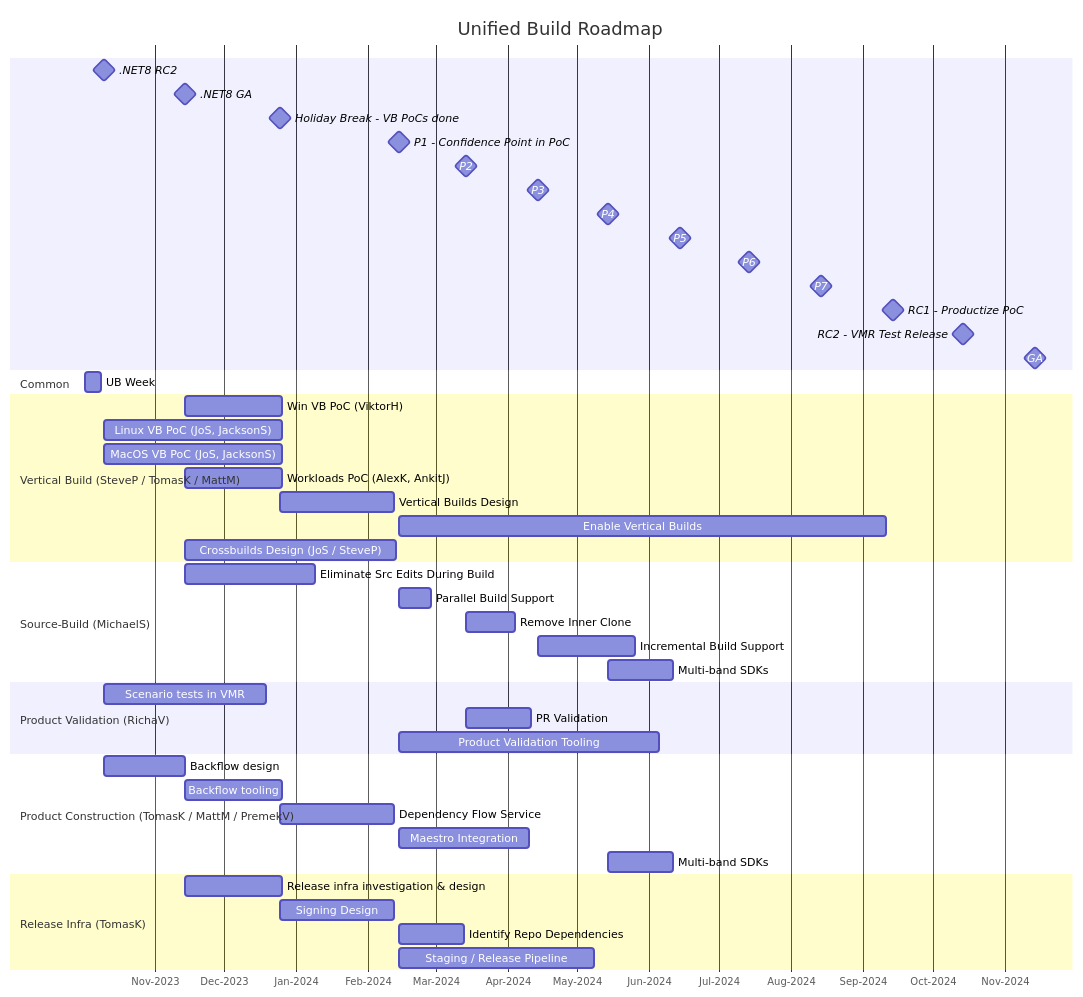
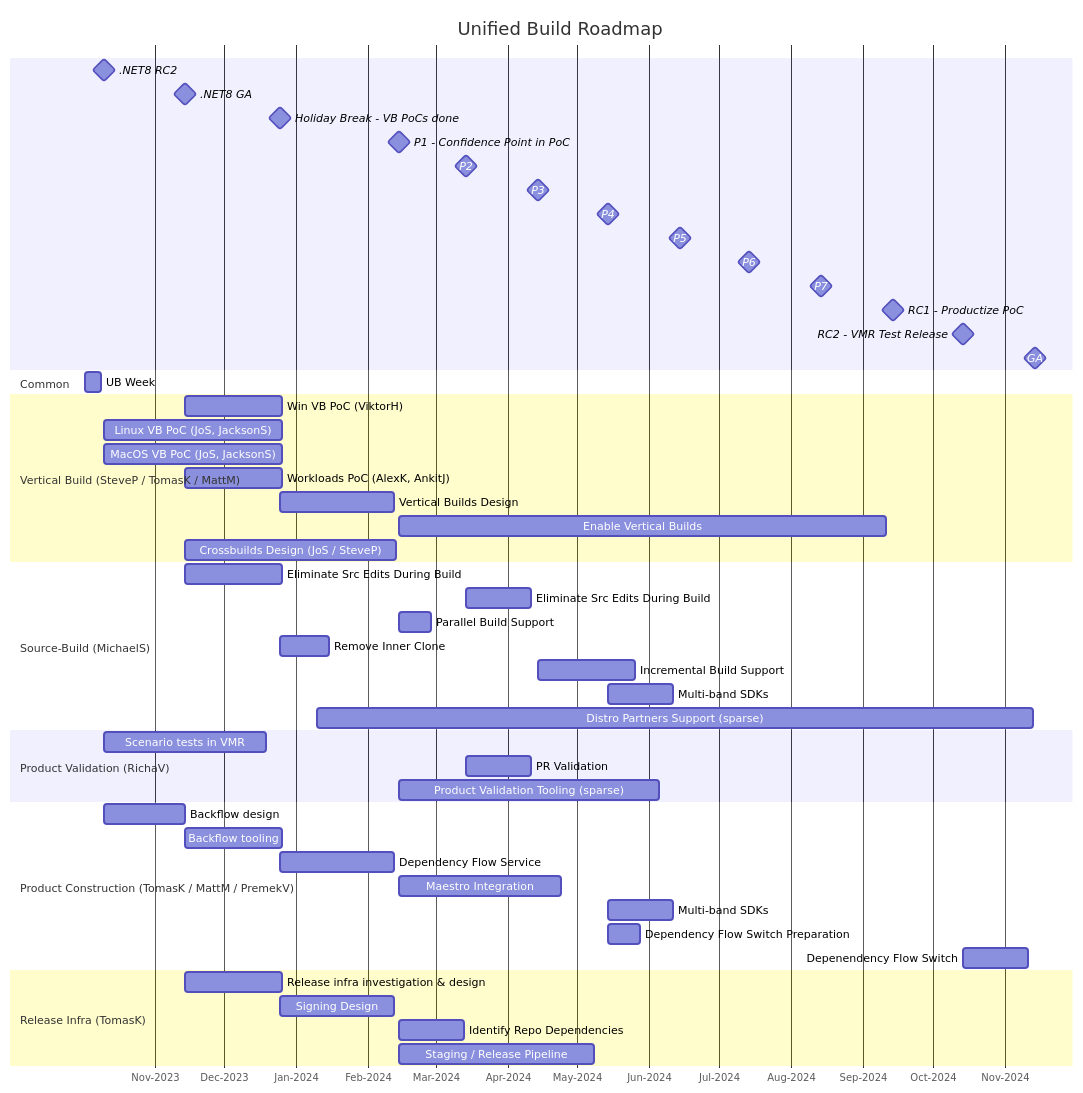
One commit to dotnet/arcade changed the diagram in Documentation/UnifiedBuild/UB-Roadmap.md. Above: the diagram before and after it, drawn with Mermaid.

Commit message:
Roadmap updates

````diff
--- a/Documentation/UnifiedBuild/UB-Roadmap.md
+++ b/Documentation/UnifiedBuild/UB-Roadmap.md
@@ -3,60 +3,63 @@
 ```mermaid
 
 gantt
     title Unified Build Roadmap
     axisFormat %b-%Y
     .NET8 RC2: milestone, net8-rc2, 2023-10-10, 0
     .NET8 GA: milestone, net8-ga, 2023-11-14, 0
     Holiday Break - VB PoCs done: milestone, holiday, 2023-12-25, 0
     %% delta between Holiday and P1 is 7w
     %% the release dates are all 14th so that the task lengths can be expressed in whole weeks and still match the preview points
     P1 - Confidence Point in PoC: milestone, net9-p1, 2024-02-14, 0
     P2: milestone, net9-p2, 2024-03-14, 0
     P3: milestone, net9-p3, 2024-04-14, 0
     P4: milestone, net9-p4, 2024-05-14, 0
     P5: milestone, net9-p5, 2024-06-14, 0
     P6: milestone, net9-p6, 2024-07-14, 0
     P7: milestone, net9-p7, 2024-08-14, 0
     RC1 - Productize PoC: milestone, net9-rc1, 2024-09-14, 0
     RC2 - VMR Test Release: milestone, net9-rc2, 2024-10-14, 0
     GA: milestone, net9-ga, 2024-11-14, 0
 
     section Common
         UB Week: ub-week, 2023-10-02, 1w
 
     section Vertical Build (SteveP / TomasK / MattM)
         Win VB PoC (ViktorH): after net8-ga, 6w
         Linux VB PoC (JoS, JacksonS): after net8-rc2, 11w
         MacOS VB PoC (JoS, JacksonS): after net8-rc2, 11w
         Workloads PoC (AlexK, AnkitJ): after net8-ga, 6w
         Vertical Builds Design: after holiday, 7w
         Enable Vertical Builds: after net9-p1, 30w
         Crossbuilds Design (JoS / SteveP): after net8-ga, 13w
 
     section Source-Build (MichaelS)
-        Eliminate Src Edits During Build: after net8-ga, 8w
+        Eliminate Src Edits During Build: after net8-ga, 6w
+        Eliminate Src Edits During Build: after net9-p2, 4w
         Parallel Build Support: after net9-p1, 2w
-        Remove Inner Clone: after net9-p2, 3w
+        Remove Inner Clone: after holiday, 3w
         Incremental Build Support: after net9-p3, 6w
         Multi-band SDKs: after net9-p4, 4w
+        Distro Partners Support (sparse): after holidays, 44w
+
 
     section Product Validation (RichaV)
         Scenario tests in VMR: after net8-rc2, 10w
         PR Validation: after net9-p2, 4w
-        Product Validation Tooling: after net9-p1, 16w
+        Product Validation Tooling (sparse): after net9-p1, 16w
 
     section Product Construction (TomasK / MattM / PremekV)
         Backflow design: after net8-rc2, 5w
         Backflow tooling: after net8-ga, 6w
         Dependency Flow Service: after holiday, 7w
-        Maestro Integration: after net9-p1, 8w
+        Maestro Integration: after net9-p1, 10w
         Multi-band SDKs: after net9-p4, 4w
-        %Dependency Flow Switch Preparation: after net9-p3, 8w
-        %Depenendency Flow Switch: after net9-p5, 4w
+        Dependency Flow Switch Preparation: after net9-p4, 2w
+        Depenendency Flow Switch: after net9-rc2, 4w
 
     section Release Infra (TomasK)
         Release infra investigation & design: after net8-ga, 6w
         Signing Design: after holiday, 7w
         Identify Repo Dependencies: after net9-p1, 4w
         Staging / Release Pipeline: after net9-p1, 12w
 ```
````
